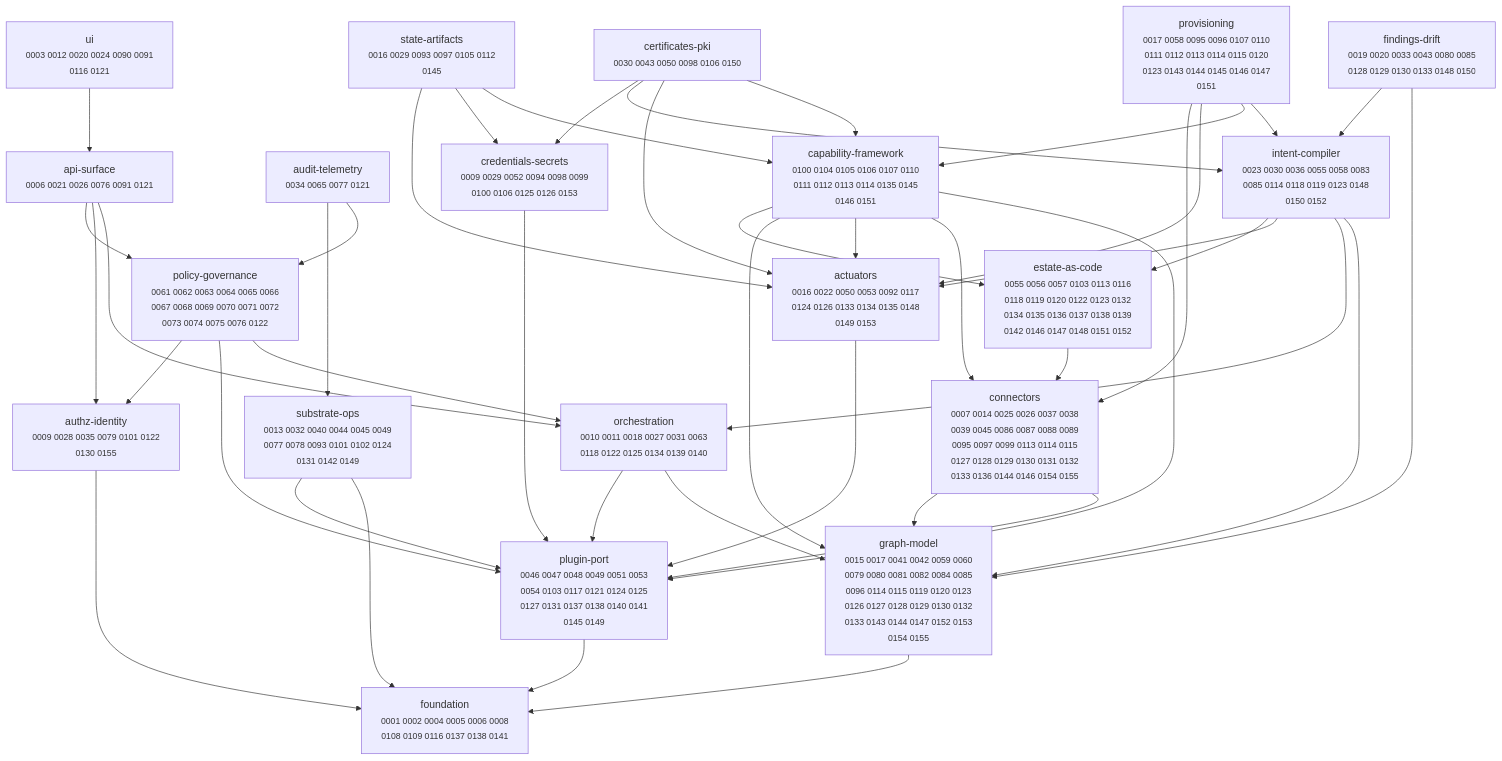
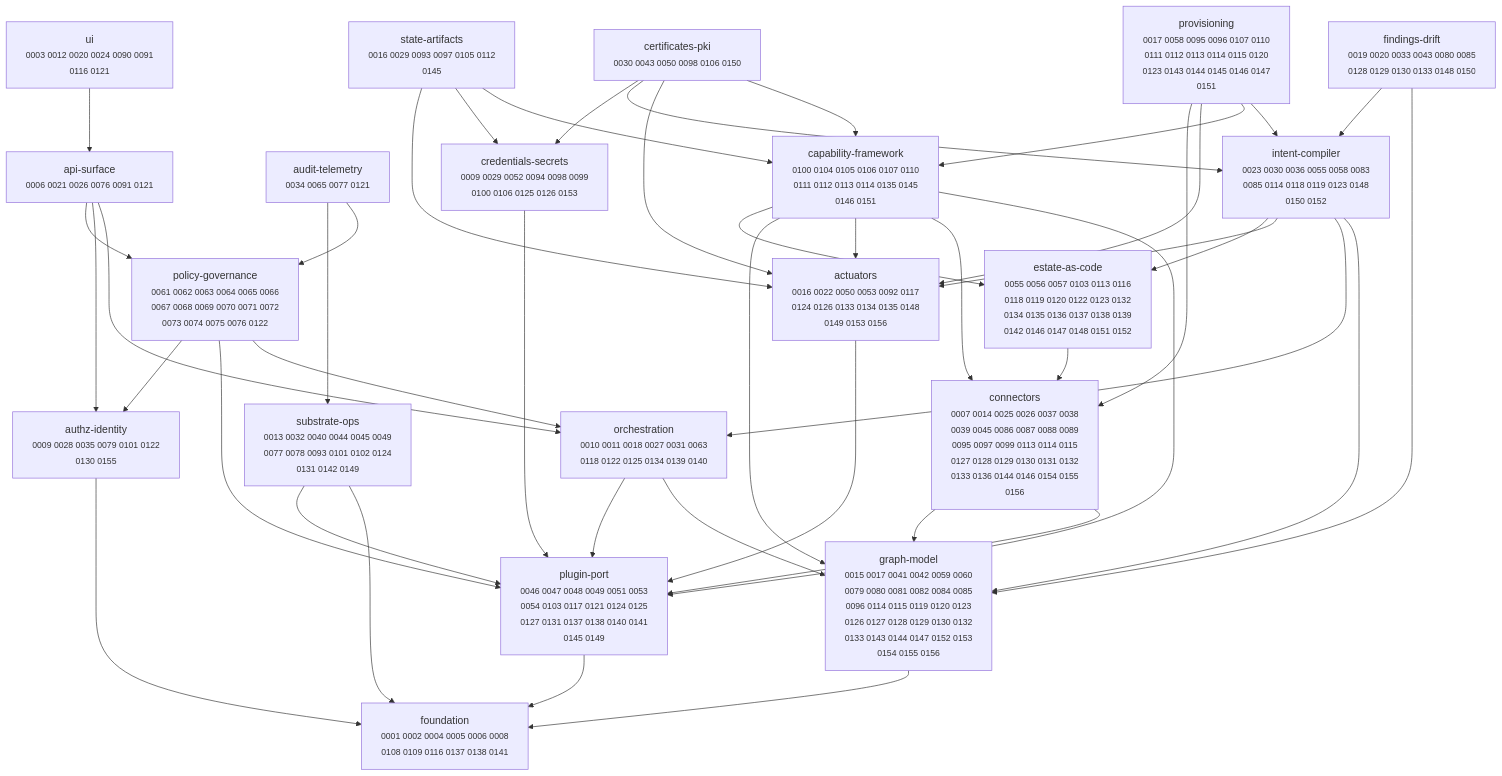
The diagram in docs/adr/MAP.md (dstout-devops/stratt), drawn with Mermaid before and after one commit. The commit also changed other lines of this file and 17 other files, not shown here.

````diff
--- a/docs/adr/MAP.md
+++ b/docs/adr/MAP.md
@@ -11,67 +11,67 @@
 ```mermaid
 graph TD
-  actuators["actuators<br/><small>0016 0022 0050 0053 0092 0117<br/>0124 0126 0133 0134 0135 0148<br/>0149 0153</small>"]
+  actuators["actuators<br/><small>0016 0022 0050 0053 0092 0117<br/>0124 0126 0133 0134 0135 0148<br/>0149 0153 0156</small>"]
   api_surface["api-surface<br/><small>0006 0021 0026 0076 0091 0121</small>"]
   audit_telemetry["audit-telemetry<br/><small>0034 0065 0077 0121</small>"]
   authz_identity["authz-identity<br/><small>0009 0028 0035 0079 0101 0122<br/>0130 0155</small>"]
   capability_framework["capability-framework<br/><small>0100 0104 0105 0106 0107 0110<br/>0111 0112 0113 0114 0135 0145<br/>0146 0151</small>"]
   certificates_pki["certificates-pki<br/><small>0030 0043 0050 0098 0106 0150</small>"]
-  connectors["connectors<br/><small>0007 0014 0025 0026 0037 0038<br/>0039 0045 0086 0087 0088 0089<br/>0095 0097 0099 0113 0114 0115<br/>0127 0128 0129 0130 0131 0132<br/>0133 0136 0144 0146 0154 0155</small>"]
+  connectors["connectors<br/><small>0007 0014 0025 0026 0037 0038<br/>0039 0045 0086 0087 0088 0089<br/>0095 0097 0099 0113 0114 0115<br/>0127 0128 0129 0130 0131 0132<br/>0133 0136 0144 0146 0154 0155<br/>0156</small>"]
   credentials_secrets["credentials-secrets<br/><small>0009 0029 0052 0094 0098 0099<br/>0100 0106 0125 0126 0153</small>"]
   estate_as_code["estate-as-code<br/><small>0055 0056 0057 0103 0113 0116<br/>0118 0119 0120 0122 0123 0132<br/>0134 0135 0136 0137 0138 0139<br/>0142 0146 0147 0148 0151 0152</small>"]
   findings_drift["findings-drift<br/><small>0019 0020 0033 0043 0080 0085<br/>0128 0129 0130 0133 0148 0150</small>"]
   foundation["foundation<br/><small>0001 0002 0004 0005 0006 0008<br/>0108 0109 0116 0137 0138 0141</small>"]
-  graph_model["graph-model<br/><small>0015 0017 0041 0042 0059 0060<br/>0079 0080 0081 0082 0084 0085<br/>0096 0114 0115 0119 0120 0123<br/>0126 0127 0128 0129 0130 0132<br/>0133 0143 0144 0147 0152 0153<br/>0154 0155</small>"]
+  graph_model["graph-model<br/><small>0015 0017 0041 0042 0059 0060<br/>0079 0080 0081 0082 0084 0085<br/>0096 0114 0115 0119 0120 0123<br/>0126 0127 0128 0129 0130 0132<br/>0133 0143 0144 0147 0152 0153<br/>0154 0155 0156</small>"]
   intent_compiler["intent-compiler<br/><small>0023 0030 0036 0055 0058 0083<br/>0085 0114 0118 0119 0123 0148<br/>0150 0152</small>"]
   orchestration["orchestration<br/><small>0010 0011 0018 0027 0031 0063<br/>0118 0122 0125 0134 0139 0140</small>"]
   plugin_port["plugin-port<br/><small>0046 0047 0048 0049 0051 0053<br/>0054 0103 0117 0121 0124 0125<br/>0127 0131 0137 0138 0140 0141<br/>0145 0149</small>"]
   policy_governance["policy-governance<br/><small>0061 0062 0063 0064 0065 0066<br/>0067 0068 0069 0070 0071 0072<br/>0073 0074 0075 0076 0122</small>"]
   provisioning["provisioning<br/><small>0017 0058 0095 0096 0107 0110<br/>0111 0112 0113 0114 0115 0120<br/>0123 0143 0144 0145 0146 0147<br/>0151</small>"]
   state_artifacts["state-artifacts<br/><small>0016 0029 0093 0097 0105 0112<br/>0145</small>"]
   substrate_ops["substrate-ops<br/><small>0013 0032 0040 0044 0045 0049<br/>0077 0078 0093 0101 0102 0124<br/>0131 0142 0149</small>"]
   ui["ui<br/><small>0003 0012 0020 0024 0090 0091<br/>0116 0121</small>"]
 
   actuators --> plugin_port
   api_surface --> orchestration
   api_surface --> authz_identity
   api_surface --> policy_governance
   audit_telemetry --> policy_governance
   audit_telemetry --> substrate_ops
   authz_identity --> foundation
   capability_framework --> plugin_port
   capability_framework --> connectors
   capability_framework --> actuators
   capability_framework --> graph_model
   capability_framework --> estate_as_code
   certificates_pki --> capability_framework
   certificates_pki --> actuators
   certificates_pki --> intent_compiler
   certificates_pki --> credentials_secrets
   connectors --> plugin_port
   connectors --> graph_model
   credentials_secrets --> plugin_port
   estate_as_code --> connectors
   findings_drift --> graph_model
   findings_drift --> intent_compiler
   graph_model --> foundation
   intent_compiler --> graph_model
   intent_compiler --> orchestration
   intent_compiler --> actuators
   intent_compiler --> estate_as_code
   orchestration --> graph_model
   orchestration --> plugin_port
   plugin_port --> foundation
   policy_governance --> orchestration
   policy_governance --> plugin_port
   policy_governance --> authz_identity
   provisioning --> intent_compiler
   provisioning --> capability_framework
   provisioning --> actuators
   provisioning --> connectors
   state_artifacts --> capability_framework
   state_artifacts --> credentials_secrets
   state_artifacts --> actuators
   substrate_ops --> foundation
   substrate_ops --> plugin_port
   ui --> api_surface
 ```
````
